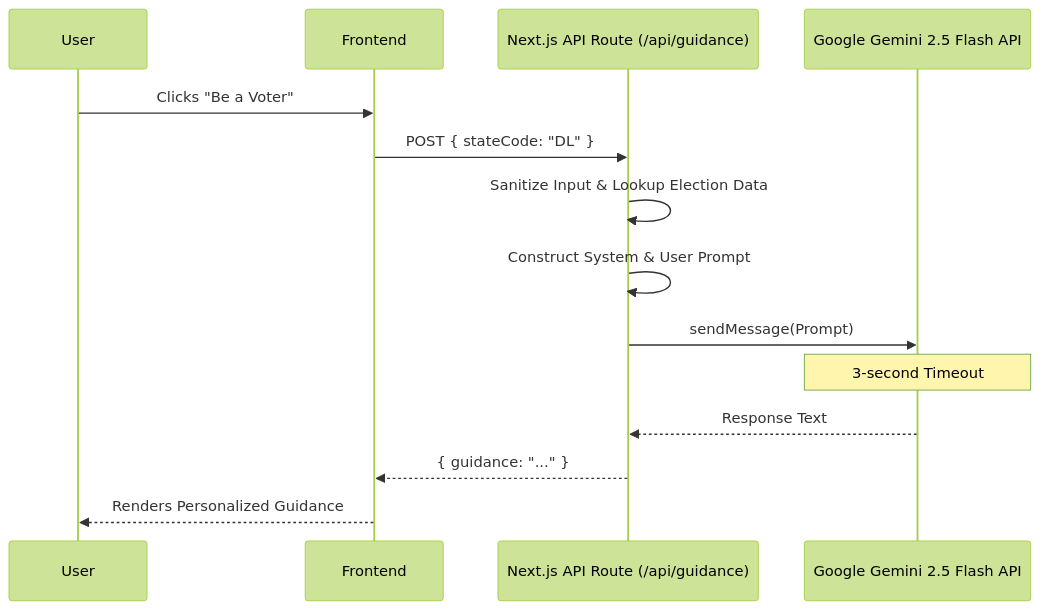
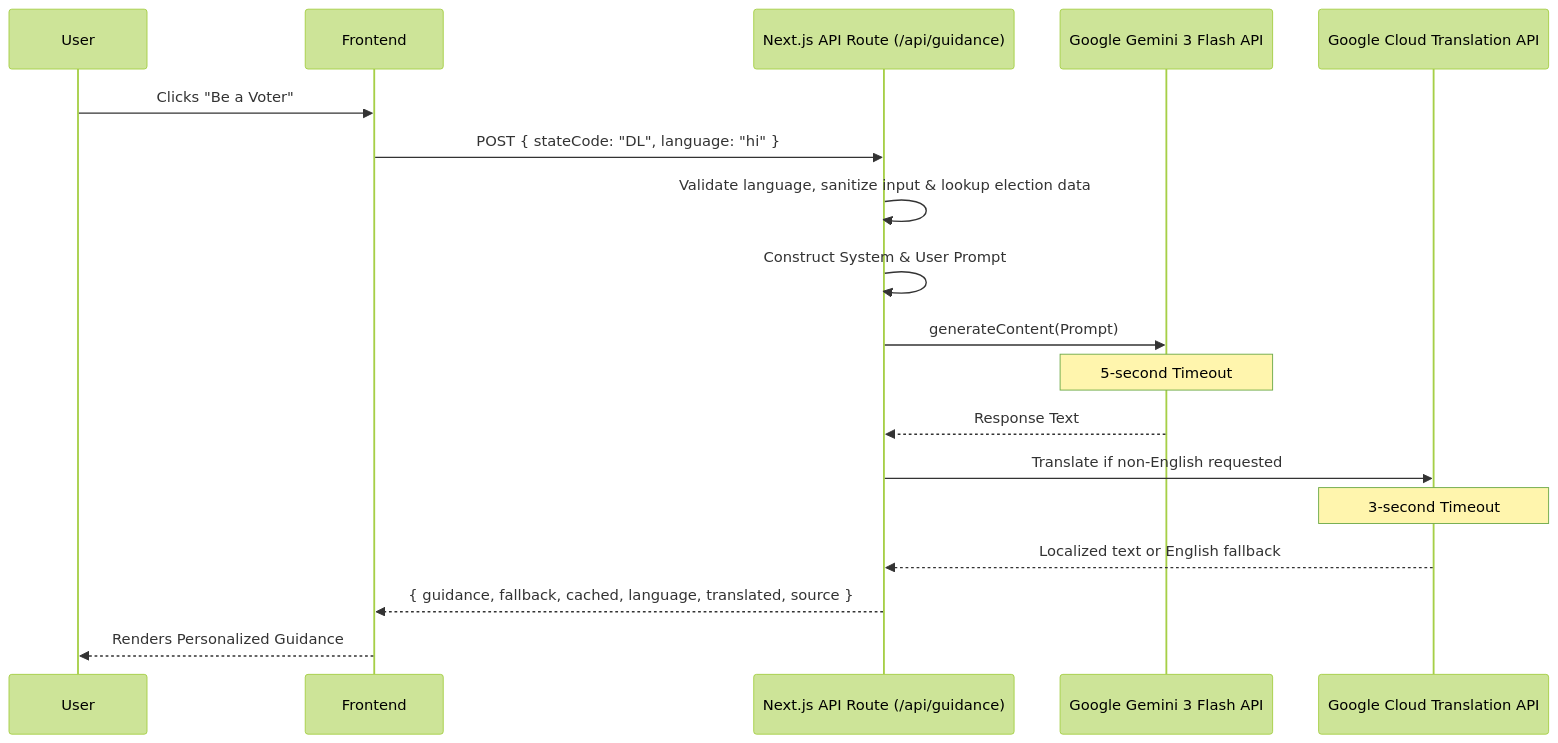
The second of 2 diagrams in ARCHITECTURE.md (Rishet11/VoteReady-PromptWars), drawn with Mermaid (forest theme) before and after one commit. The commit also changed other lines of this file and 2 other files, not shown here.

Commit message:
docs: update architecture and project specifications for final submission

````diff
--- a/ARCHITECTURE.md
+++ b/ARCHITECTURE.md
@@ -23,17 +23,21 @@
 ```mermaid
 sequenceDiagram
     participant User
     participant Frontend
     participant NextApi as Next.js API Route (/api/guidance)
-    participant Gemini as Google Gemini 2.5 Flash API
+    participant Gemini as Google Gemini 3 Flash API
+    participant Translate as Google Cloud Translation API
     
     User->>Frontend: Clicks "Be a Voter"
-    Frontend->>NextApi: POST { stateCode: "DL" }
-    NextApi->>NextApi: Sanitize Input & Lookup Election Data
+    Frontend->>NextApi: POST { stateCode: "DL", language: "hi" }
+    NextApi->>NextApi: Validate language, sanitize input & lookup election data
     NextApi->>NextApi: Construct System & User Prompt
-    NextApi->>Gemini: sendMessage(Prompt)
-    Note over Gemini: 3-second Timeout
+    NextApi->>Gemini: generateContent(Prompt)
+    Note over Gemini: 5-second Timeout
     Gemini-->>NextApi: Response Text
-    NextApi-->>Frontend: { guidance: "..." }
+    NextApi->>Translate: Translate if non-English requested
+    Note over Translate: 3-second Timeout
+    Translate-->>NextApi: Localized text or English fallback
+    NextApi-->>Frontend: { guidance, fallback, cached, language, translated, source }
     Frontend-->>User: Renders Personalized Guidance
 ```
````
